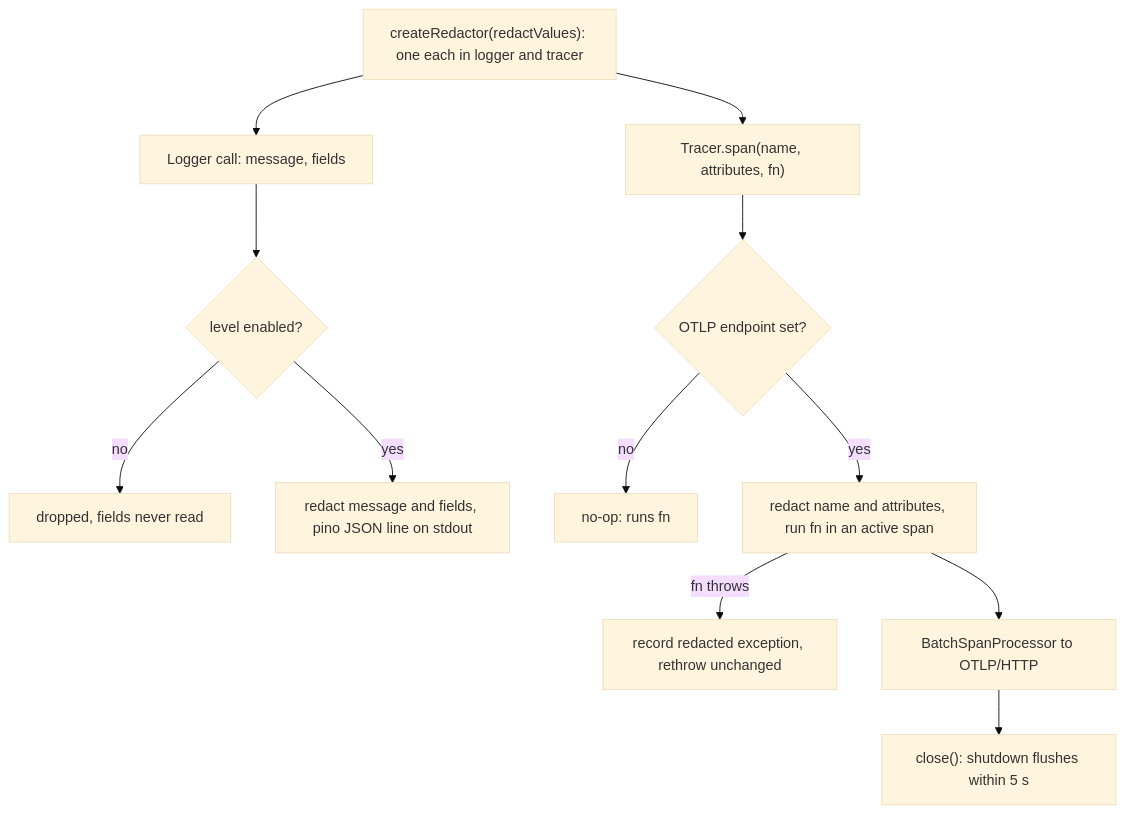
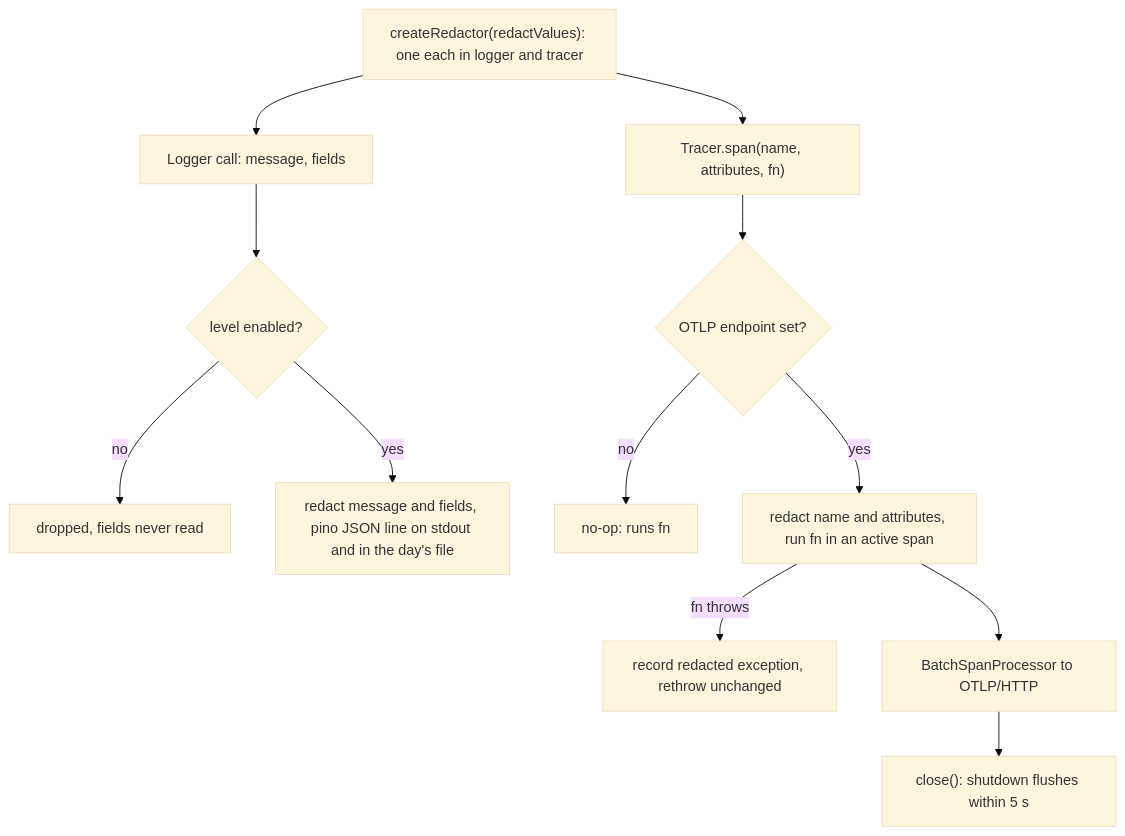
Before and after one commit to odere-pro/weekly-engineering-digest-agent: the second of 2 diagrams in src/observability/CLAUDE.md, drawn with Mermaid (base theme). The commit also changed other lines of this file and 133 other files, not shown here.

````diff
--- a/src/observability/CLAUDE.md
+++ b/src/observability/CLAUDE.md
@@ -23,13 +26,13 @@
 ```mermaid
 flowchart TD
   redactor["createRedactor(redactValues): one each in logger and tracer"] --> logCall["Logger call: message, fields"]
   logCall --> level{"level enabled?"}
   level -->|"no"| dropped["dropped, fields never read"]
-  level -->|"yes"| pino["redact message and fields, pino JSON line on stdout"]
+  level -->|"yes"| pino["redact message and fields, pino JSON line on stdout and in the day's file"]
   redactor --> spanCall["Tracer.span(name, attributes, fn)"]
   spanCall --> endpoint{"OTLP endpoint set?"}
   endpoint -->|"no"| noop["no-op: runs fn"]
   endpoint -->|"yes"| span["redact name and attributes, run fn in an active span"]
   span -->|"fn throws"| fail["record redacted exception, rethrow unchanged"]
   span --> batch["BatchSpanProcessor to OTLP/HTTP"] --> shutdown["close(): shutdown flushes within 5 s"]
 ```
````
